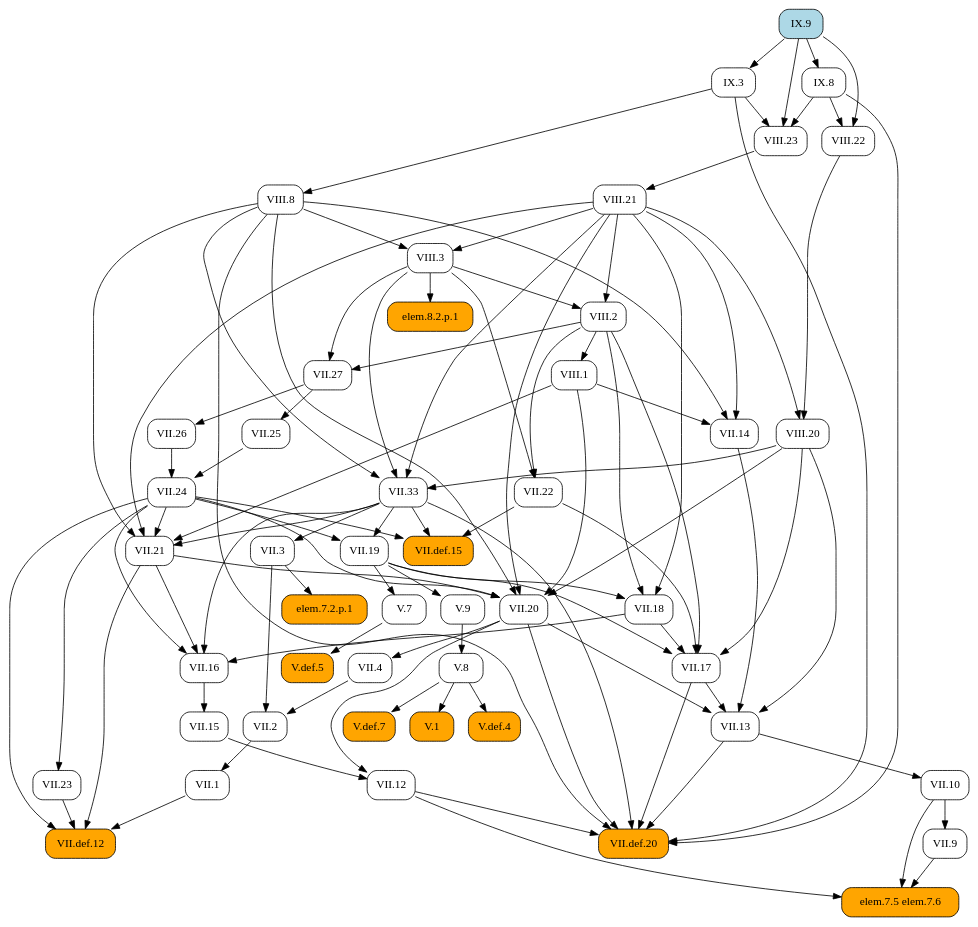
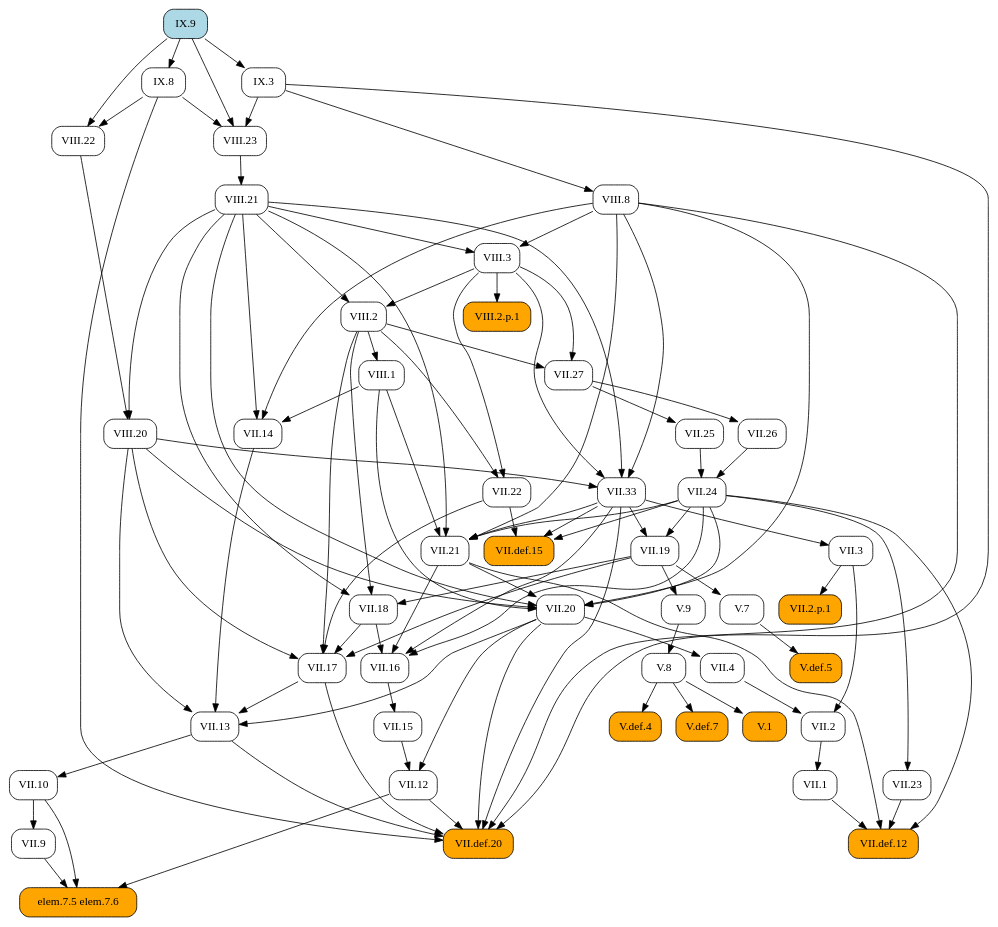
Before and after one commit to geometor/elements: the diagram in docsrc/heath/IX/9/index.rst, drawn with Graphviz. The commit also changed 484 other files, not shown here.

```diff
--- a/docsrc/heath/IX/9/index.rst
+++ b/docsrc/heath/IX/9/index.rst
@@ -52,142 +52,103 @@
    digraph {
      rankdir="TB";
      node [shape=box, style=rounded];
+     "IX.8" [URL="/heath/IX/8/", target="_top"];
+     "VII.33" [URL="/heath/VII/33/", target="_top"];
+     "VII.12" [URL="/heath/VII/12/", target="_top"];
+     "elem.7.5 elem.7.6" [style="rounded,filled", fillcolor=orange];
+     "VIII.20" [URL="/heath/VIII/20/", target="_top"];
+     "VII.9" [URL="/heath/VII/9/", target="_top"];
+     "VIII.2" [URL="/heath/VIII/2/", target="_top"];
+     "VII.18" [URL="/heath/VII/18/", target="_top"];
+     "VII.16" [URL="/heath/VII/16/", target="_top"];
+     "V.7" [URL="/heath/V/7/", target="_top"];
+     "VII.26" [URL="/heath/VII/26/", target="_top"];
+     "V.def.5" [style="rounded,filled", fillcolor=orange, URL="/heath/V/def.5/", target="_top"];
+     "V.9" [URL="/heath/V/9/", target="_top"];
+     "VIII.8" [URL="/heath/VIII/8/", target="_top"];
+     "VII.10" [URL="/heath/VII/10/", target="_top"];
+     "VIII.3" [URL="/heath/VIII/3/", target="_top"];
+     "VII.13" [URL="/heath/VII/13/", target="_top"];
+     "VIII.23" [URL="/heath/VIII/23/", target="_top"];
+     "VII.def.15" [style="rounded,filled", fillcolor=orange, URL="/heath/VII/def.15/", target="_top"];
+     "VII.17" [URL="/heath/VII/17/", target="_top"];
+     "VII.19" [URL="/heath/VII/19/", target="_top"];
+     "VIII.2.p.1" [style="rounded,filled", fillcolor=orange];
+     "VII.2" [URL="/heath/VII/2/", target="_top"];
+     "VII.def.20" [style="rounded,filled", fillcolor=orange, URL="/heath/VII/def.20/", target="_top"];
+     "VII.2.p.1" [style="rounded,filled", fillcolor=orange];
+     "VII.15" [URL="/heath/VII/15/", target="_top"];
+     "V.def.4" [style="rounded,filled", fillcolor=orange, URL="/heath/V/def.4/", target="_top"];
+     "VIII.22" [URL="/heath/VIII/22/", target="_top"];
+     "V.def.7" [style="rounded,filled", fillcolor=orange, URL="/heath/V/def.7/", target="_top"];
+     "VIII.21" [URL="/heath/VIII/21/", target="_top"];
+     "VII.14" [URL="/heath/VII/14/", target="_top"];
+     "IX.9" [style="rounded,filled", fillcolor=lightblue, URL="/heath/IX/9/", target="_top"];
+     "VII.27" [URL="/heath/VII/27/", target="_top"];
+     "VII.21" [URL="/heath/VII/21/", target="_top"];
+     "VII.22" [URL="/heath/VII/22/", target="_top"];
+     "VII.25" [URL="/heath/VII/25/", target="_top"];
+     "VIII.1" [URL="/heath/VIII/1/", target="_top"];
      "VII.1" [URL="/heath/VII/1/", target="_top"];
-     "VII.9" [URL="/heath/VII/9/", target="_top"];
-     "V.def.5" [style="rounded,filled", fillcolor=orange, URL="/heath/V/def.5/", target="_top"];
-     "VIII.23" [URL="/heath/VIII/23/", target="_top"];
-     "VII.17" [URL="/heath/VII/17/", target="_top"];
+     "V.8" [URL="/heath/V/8/", target="_top"];
+     "VII.23" [URL="/heath/VII/23/", target="_top"];
+     "VII.4" [URL="/heath/VII/4/", target="_top"];
+     "VII.def.12" [style="rounded,filled", fillcolor=orange, URL="/heath/VII/def.12/", target="_top"];
+     "V.1" [style="rounded,filled", fillcolor=orange, URL="/heath/V/1/", target="_top"];
      "VII.3" [URL="/heath/VII/3/", target="_top"];
-     "elem.7.5 elem.7.6" [style="rounded,filled", fillcolor=orange];
-     "VIII.21" [URL="/heath/VIII/21/", target="_top"];
+     "VII.24" [URL="/heath/VII/24/", target="_top"];
+     "VII.20" [URL="/heath/VII/20/", target="_top"];
      "IX.3" [URL="/heath/IX/3/", target="_top"];
-     "V.7" [URL="/heath/V/7/", target="_top"];
-     "V.9" [URL="/heath/V/9/", target="_top"];
-     "VII.13" [URL="/heath/VII/13/", target="_top"];
-     "VII.2" [URL="/heath/VII/2/", target="_top"];
-     "VIII.1" [URL="/heath/VIII/1/", target="_top"];
-     "IX.9" [style="rounded,filled", fillcolor=lightblue, URL="/heath/IX/9/", target="_top"];
-     "VIII.2" [URL="/heath/VIII/2/", target="_top"];
-     "VII.12" [URL="/heath/VII/12/", target="_top"];
-     "IX.8" [URL="/heath/IX/8/", target="_top"];
-     "VII.24" [URL="/heath/VII/24/", target="_top"];
-     "VII.def.12" [style="rounded,filled", fillcolor=orange, URL="/heath/VII/def.12/", target="_top"];
-     "V.8" [URL="/heath/V/8/", target="_top"];
-     "VII.33" [URL="/heath/VII/33/", target="_top"];
-     "VIII.22" [URL="/heath/VIII/22/", target="_top"];
-     "elem.7.2.p.1" [style="rounded,filled", fillcolor=orange];
-     "VII.10" [URL="/heath/VII/10/", target="_top"];
-     "VII.def.15" [style="rounded,filled", fillcolor=orange, URL="/heath/VII/def.15/", target="_top"];
-     "VII.18" [URL="/heath/VII/18/", target="_top"];
-     "VII.19" [URL="/heath/VII/19/", target="_top"];
-     "VII.16" [URL="/heath/VII/16/", target="_top"];
-     "VII.26" [URL="/heath/VII/26/", target="_top"];
-     "VII.4" [URL="/heath/VII/4/", target="_top"];
-     "VII.25" [URL="/heath/VII/25/", target="_top"];
-     "VII.21" [URL="/heath/VII/21/", target="_top"];
-     "V.1" [style="rounded,filled", fillcolor=orange, URL="/heath/V/1/", target="_top"];
-     "VII.20" [URL="/heath/VII/20/", target="_top"];
-     "VIII.8" [URL="/heath/VIII/8/", target="_top"];
-     "VII.14" [URL="/heath/VII/14/", target="_top"];
-     "VII.27" [URL="/heath/VII/27/", target="_top"];
-     "VIII.3" [URL="/heath/VIII/3/", target="_top"];
-     "V.def.4" [style="rounded,filled", fillcolor=orange, URL="/heath/V/def.4/", target="_top"];
-     "VII.22" [URL="/heath/VII/22/", target="_top"];
-     "VIII.20" [URL="/heath/VIII/20/", target="_top"];
-     "V.def.7" [style="rounded,filled", fillcolor=orange, URL="/heath/V/def.7/", target="_top"];
-     "VII.23" [URL="/heath/VII/23/", target="_top"];
-     "VII.15" [URL="/heath/VII/15/", target="_top"];
-     "VII.def.20" [style="rounded,filled", fillcolor=orange, URL="/heath/VII/def.20/", target="_top"];
-     "elem.8.2.p.1" [style="rounded,filled", fillcolor=orange];
-     "VII.2" -> "VII.1";
+     "IX.9" -> "IX.8";
+     "VIII.3" -> "VII.33";
+     "VIII.8" -> "VII.33";
+     "VIII.20" -> "VII.33";
+     "VIII.21" -> "VII.33";
+     "VII.15" -> "VII.12";
+     "VII.20" -> "VII.12";
+     "VII.9" -> "elem.7.5 elem.7.6";
+     "VII.10" -> "elem.7.5 elem.7.6";
+     "VII.12" -> "elem.7.5 elem.7.6";
+     "VIII.21" -> "VIII.20";
+     "VIII.22" -> "VIII.20";
      "VII.10" -> "VII.9";
+     "VIII.3" -> "VIII.2";
+     "VIII.21" -> "VIII.2";
+     "VII.19" -> "VII.18";
+     "VIII.2" -> "VII.18";
+     "VIII.21" -> "VII.18";
+     "VII.18" -> "VII.16";
+     "VII.21" -> "VII.16";
+     "VII.24" -> "VII.16";
+     "VII.33" -> "VII.16";
+     "VII.19" -> "V.7";
+     "VII.27" -> "VII.26";
      "V.7" -> "V.def.5";
+     "VII.19" -> "V.9";
+     "IX.3" -> "VIII.8";
+     "VII.13" -> "VII.10";
+     "VIII.8" -> "VIII.3";
+     "VIII.21" -> "VIII.3";
+     "VII.14" -> "VII.13";
+     "VII.17" -> "VII.13";
+     "VII.20" -> "VII.13";
+     "VIII.20" -> "VII.13";
      "IX.3" -> "VIII.23";
      "IX.8" -> "VIII.23";
      "IX.9" -> "VIII.23";
+     "VII.22" -> "VII.def.15";
+     "VII.24" -> "VII.def.15";
+     "VII.33" -> "VII.def.15";
      "VII.18" -> "VII.17";
      "VII.19" -> "VII.17";
      "VII.22" -> "VII.17";
      "VIII.2" -> "VII.17";
      "VIII.20" -> "VII.17";
-     "VII.33" -> "VII.3";
-     "VII.9" -> "elem.7.5 elem.7.6";
-     "VII.10" -> "elem.7.5 elem.7.6";
-     "VII.12" -> "elem.7.5 elem.7.6";
-     "VIII.23" -> "VIII.21";
-     "IX.9" -> "IX.3";
-     "VII.19" -> "V.7";
-     "VII.19" -> "V.9";
-     "VII.14" -> "VII.13";
-     "VII.17" -> "VII.13";
-     "VII.20" -> "VII.13";
-     "VIII.20" -> "VII.13";
+     "VII.24" -> "VII.19";
+     "VII.33" -> "VII.19";
+     "VIII.3" -> "VIII.2.p.1";
      "VII.3" -> "VII.2";
      "VII.4" -> "VII.2";
-     "VIII.2" -> "VIII.1";
-     "VIII.3" -> "VIII.2";
-     "VIII.21" -> "VIII.2";
-     "VII.15" -> "VII.12";
-     "VII.20" -> "VII.12";
-     "IX.9" -> "IX.8";
-     "VII.25" -> "VII.24";
-     "VII.26" -> "VII.24";
-     "VII.1" -> "VII.def.12";
-     "VII.21" -> "VII.def.12";
-     "VII.23" -> "VII.def.12";
-     "VII.24" -> "VII.def.12";
-     "V.9" -> "V.8";
-     "VIII.3" -> "VII.33";
-     "VIII.8" -> "VII.33";
-     "VIII.20" -> "VII.33";
-     "VIII.21" -> "VII.33";
-     "IX.8" -> "VIII.22";
-     "IX.9" -> "VIII.22";
-     "VII.3" -> "elem.7.2.p.1";
-     "VII.13" -> "VII.10";
-     "VII.22" -> "VII.def.15";
-     "VII.24" -> "VII.def.15";
-     "VII.33" -> "VII.def.15";
-     "VII.19" -> "VII.18";
-     "VIII.2" -> "VII.18";
-     "VIII.21" -> "VII.18";
-     "VII.24" -> "VII.19";
-     "VII.33" -> "VII.19";
-     "VII.18" -> "VII.16";
-     "VII.21" -> "VII.16";
-     "VII.24" -> "VII.16";
-     "VII.33" -> "VII.16";
-     "VII.27" -> "VII.26";
-     "VII.20" -> "VII.4";
-     "VII.27" -> "VII.25";
-     "VII.24" -> "VII.21";
-     "VII.33" -> "VII.21";
-     "VIII.1" -> "VII.21";
-     "VIII.8" -> "VII.21";
-     "VIII.21" -> "VII.21";
-     "V.8" -> "V.1";
-     "VII.21" -> "VII.20";
-     "VII.24" -> "VII.20";
-     "VIII.1" -> "VII.20";
-     "VIII.8" -> "VII.20";
-     "VIII.20" -> "VII.20";
-     "VIII.21" -> "VII.20";
-     "IX.3" -> "VIII.8";
-     "VIII.1" -> "VII.14";
-     "VIII.8" -> "VII.14";
-     "VIII.21" -> "VII.14";
-     "VIII.2" -> "VII.27";
-     "VIII.3" -> "VII.27";
-     "VIII.8" -> "VIII.3";
-     "VIII.21" -> "VIII.3";
-     "V.8" -> "V.def.4";
-     "VIII.2" -> "VII.22";
-     "VIII.3" -> "VII.22";
-     "VIII.21" -> "VIII.20";
-     "VIII.22" -> "VIII.20";
-     "V.8" -> "V.def.7";
-     "VII.24" -> "VII.23";
-     "VII.16" -> "VII.15";
      "VII.12" -> "VII.def.20";
      "VII.13" -> "VII.def.20";
      "VII.17" -> "VII.def.20";
@@ -196,5 +157,44 @@
      "VIII.8" -> "VII.def.20";
      "IX.3" -> "VII.def.20";
      "IX.8" -> "VII.def.20";
-     "VIII.3" -> "elem.8.2.p.1";
+     "VII.3" -> "VII.2.p.1";
+     "VII.16" -> "VII.15";
+     "V.8" -> "V.def.4";
+     "IX.8" -> "VIII.22";
+     "IX.9" -> "VIII.22";
+     "V.8" -> "V.def.7";
+     "VIII.23" -> "VIII.21";
+     "VIII.1" -> "VII.14";
+     "VIII.8" -> "VII.14";
+     "VIII.21" -> "VII.14";
+     "VIII.2" -> "VII.27";
+     "VIII.3" -> "VII.27";
+     "VII.24" -> "VII.21";
+     "VII.33" -> "VII.21";
+     "VIII.1" -> "VII.21";
+     "VIII.8" -> "VII.21";
+     "VIII.21" -> "VII.21";
+     "VIII.2" -> "VII.22";
+     "VIII.3" -> "VII.22";
+     "VII.27" -> "VII.25";
+     "VIII.2" -> "VIII.1";
+     "VII.2" -> "VII.1";
+     "V.9" -> "V.8";
+     "VII.24" -> "VII.23";
+     "VII.20" -> "VII.4";
+     "VII.1" -> "VII.def.12";
+     "VII.21" -> "VII.def.12";
+     "VII.23" -> "VII.def.12";
+     "VII.24" -> "VII.def.12";
+     "V.8" -> "V.1";
+     "VII.33" -> "VII.3";
+     "VII.25" -> "VII.24";
+     "VII.26" -> "VII.24";
+     "VII.21" -> "VII.20";
+     "VII.24" -> "VII.20";
+     "VIII.1" -> "VII.20";
+     "VIII.8" -> "VII.20";
+     "VIII.20" -> "VII.20";
+     "VIII.21" -> "VII.20";
+     "IX.9" -> "IX.3";
    }
```
